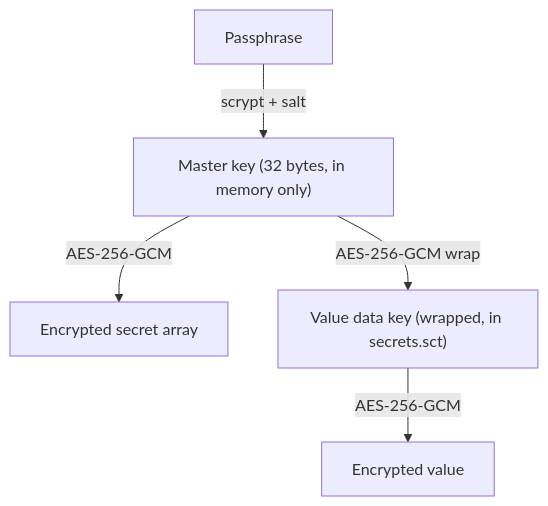
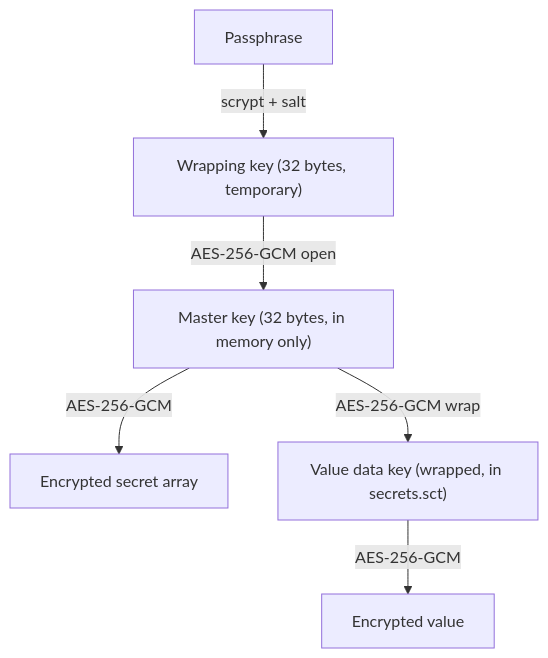
The first of 3 diagrams in docs/storage-design.md (cadenh-dev/global.sct), drawn with Mermaid before and after one commit. The commit also changed other lines of this file and 10 other files, not shown here.

````diff
--- a/docs/storage-design.md
+++ b/docs/storage-design.md
@@ -126,7 +130,8 @@
 ```mermaid
 flowchart TD
-  P["Passphrase"] -->|scrypt + salt| MK["Master key (32 bytes, in memory only)"]
+  P["Passphrase"] -->|scrypt + salt| WK["Wrapping key (32 bytes, temporary)"]
+  WK -->|AES-256-GCM open| MK["Master key (32 bytes, in memory only)"]
   MK -->|AES-256-GCM| ARR["Encrypted secret array"]
   MK -->|AES-256-GCM wrap| DK["Value data key (wrapped, in secrets.sct)"]
   DK -->|AES-256-GCM| VAL["Encrypted value"]
 ```
````
